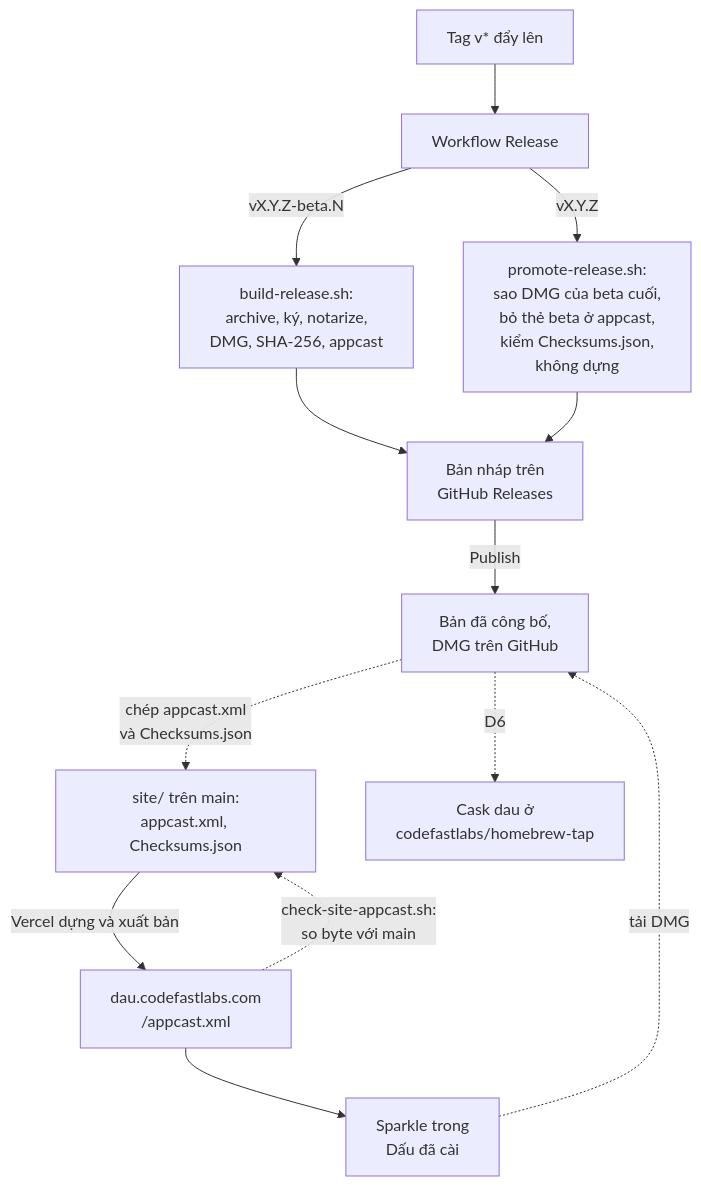
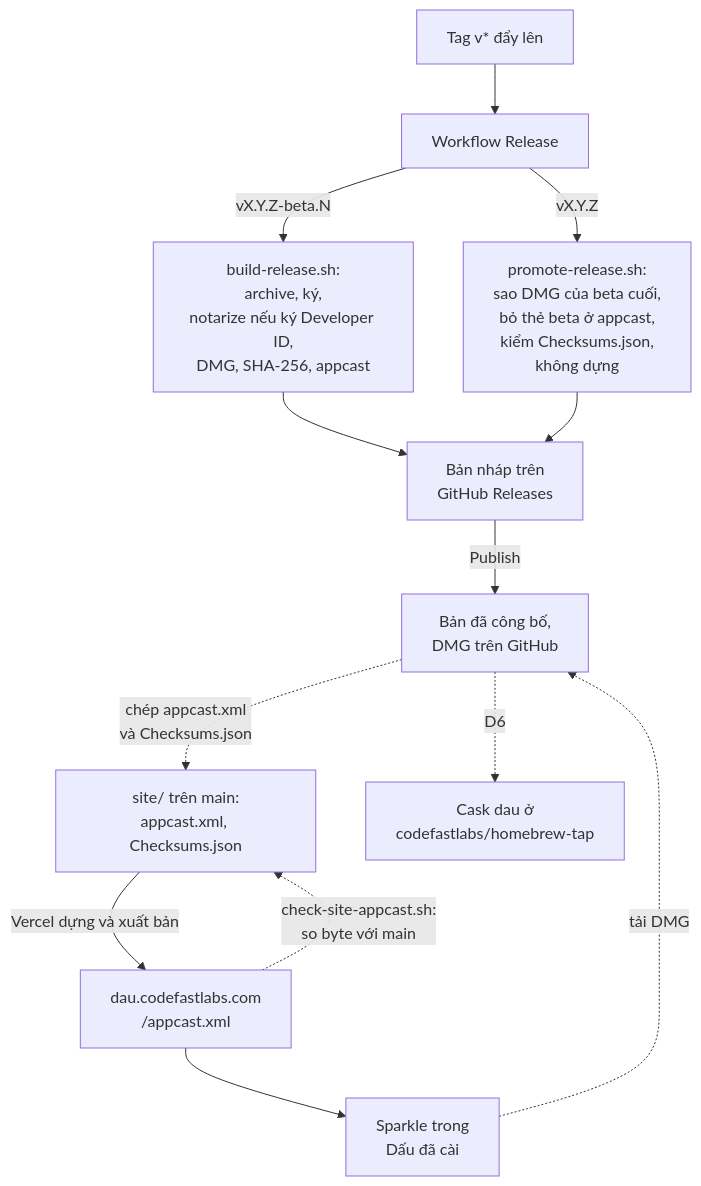
Before and after one commit to codefastlabs/dau: the first of 4 diagrams in docs/Releasing.md, drawn with Mermaid. The commit also changed other lines of this file and 6 other files, not shown here.

````diff
--- a/docs/Releasing.md
+++ b/docs/Releasing.md
@@ -5,15 +7,15 @@
 ```mermaid
 flowchart TD
   tag["Tag v* đẩy lên"] --> wf["Workflow Release"]
-  wf -- "vX.Y.Z-beta.N" --> build["build-release.sh:<br>archive, ký, notarize,<br>DMG, SHA-256, appcast"]
+  wf -- "vX.Y.Z-beta.N" --> build["build-release.sh:<br>archive, ký,<br>notarize nếu ký Developer ID,<br>DMG, SHA-256, appcast"]
   wf -- "vX.Y.Z" --> promote["promote-release.sh:<br>sao DMG của beta cuối,<br>bỏ thẻ beta ở appcast,<br>kiểm Checksums.json,<br>không dựng"]
   build --> draft["Bản nháp trên<br>GitHub Releases"]
   promote --> draft
   draft -- "Publish" --> pub["Bản đã công bố,<br>DMG trên GitHub"]
   pub -. "chép appcast.xml<br>và Checksums.json" .-> site["site/ trên main:<br>appcast.xml, Checksums.json"]
   site -- "Vercel dựng và xuất bản" --> feed["dau.codefastlabs.com<br>/appcast.xml"]
   feed -. "check-site-appcast.sh:<br>so byte với main" .-> site
   feed --> sparkle["Sparkle trong<br>Dấu đã cài"]
   sparkle -. "tải DMG" .-> pub
   pub -. "D6" .-> cask["Cask dau ở<br>codefastlabs/homebrew-tap"]
 ```
````
